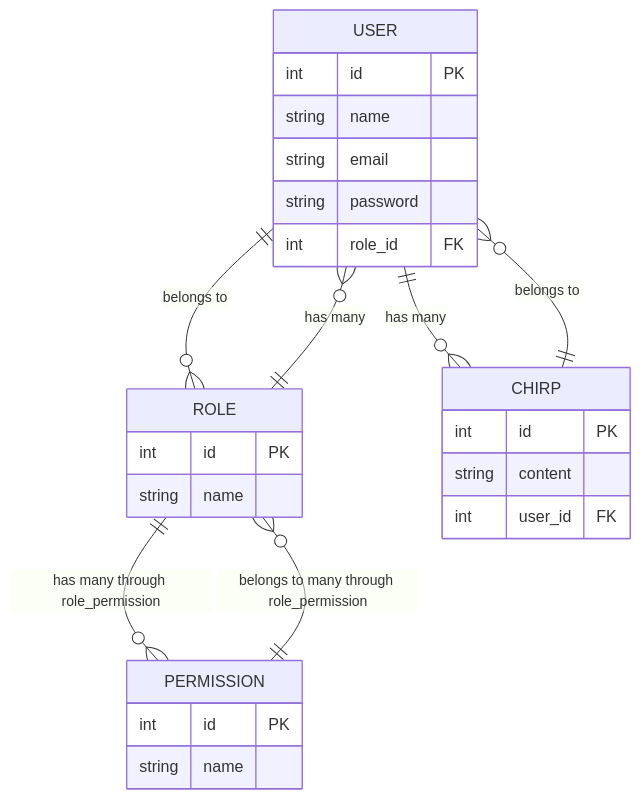
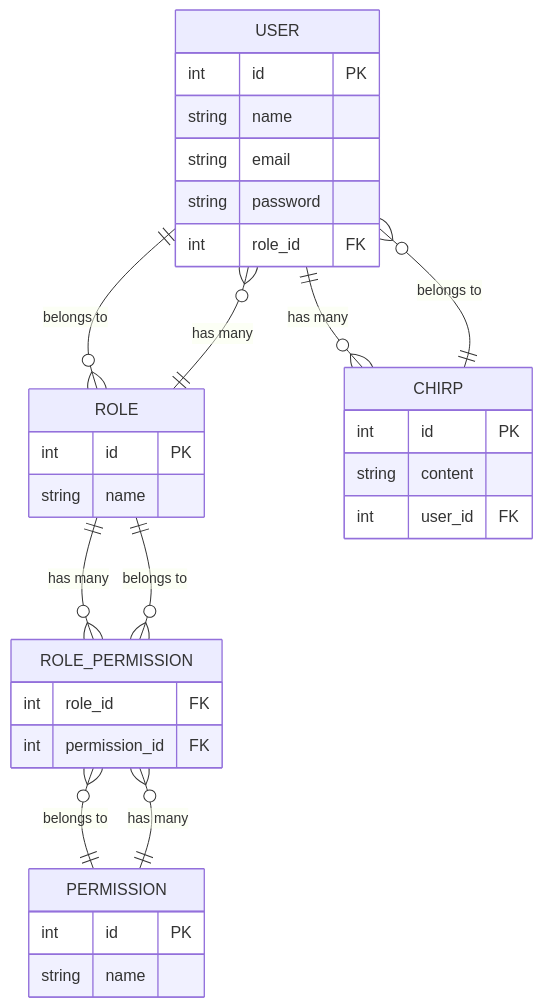
Before and after one commit to claymence/clay-laravel: the diagram in README.md, drawn with Mermaid.

````diff
--- a/README.md
+++ b/README.md
@@ -29,33 +29,40 @@
 ```mermaid
 erDiagram
     USER {
         int id PK
         string name
         string email
         string password
         int role_id FK
     }
     
     ROLE {
         int id PK
         string name
     }
     
     PERMISSION {
         int id PK
         string name
     }
     
     CHIRP {
         int id PK
         string content
         int user_id FK
     }
     
+    ROLE_PERMISSION {
+        int role_id FK
+        int permission_id FK
+    }
+    
     USER ||--o{ ROLE : "belongs to"
     ROLE ||--o{ USER : "has many"
     USER ||--o{ CHIRP : "has many"
     CHIRP ||--o{ USER : "belongs to"
-    ROLE ||--o{ PERMISSION : "has many through role_permission"
-    PERMISSION ||--o{ ROLE : "belongs to many through role_permission"
+    ROLE ||--o{ ROLE_PERMISSION : "has many"
+    PERMISSION ||--o{ ROLE_PERMISSION : "has many"
+    ROLE_PERMISSION }o--|| ROLE : "belongs to"
+    ROLE_PERMISSION }o--|| PERMISSION : "belongs to"
 ```
````
